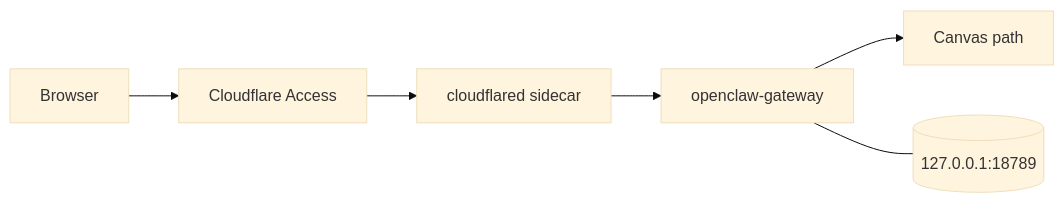
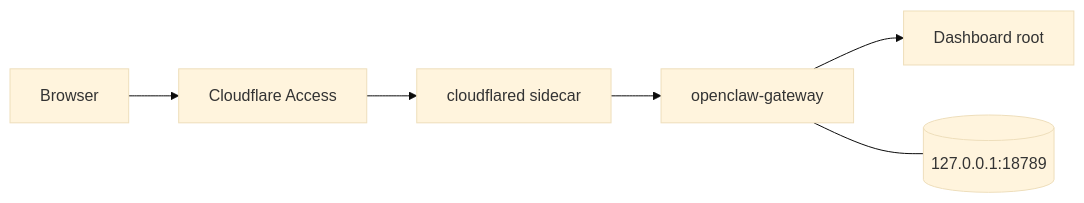
The first of 3 diagrams in docs/install/cloudflare-coolify.md (borealBytes/my-farm-advisor), drawn with Mermaid (base theme) before and after one commit. The commit also changed other lines of this file and 27 other files, not shown here.

Commit message:
feat(auth): enable cloudflare access dashboard flow

````diff
--- a/docs/install/cloudflare-coolify.md
+++ b/docs/install/cloudflare-coolify.md
@@ -35,12 +36,12 @@
 ```mermaid
 flowchart LR
     Browser[Browser]
     Access[Cloudflare Access]
     Tunnel[cloudflared sidecar]
     Gateway[openclaw-gateway]
-    Canvas[Canvas path]
+    Dashboard[Dashboard root]
     Loopback[(127.0.0.1:18789)]
 
-    Browser --> Access --> Tunnel --> Gateway --> Canvas
+    Browser --> Access --> Tunnel --> Gateway --> Dashboard
     Gateway --- Loopback
 ```
````
